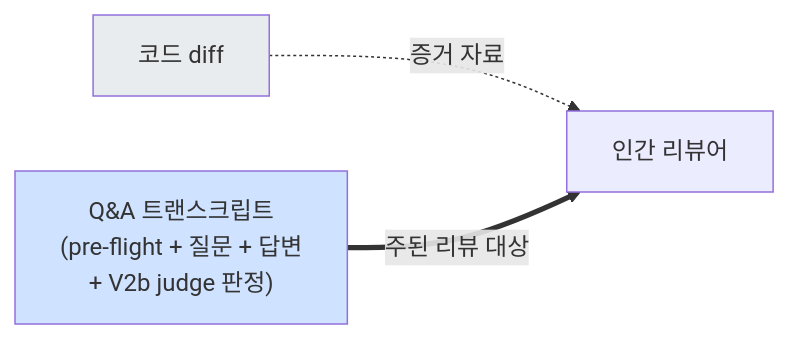
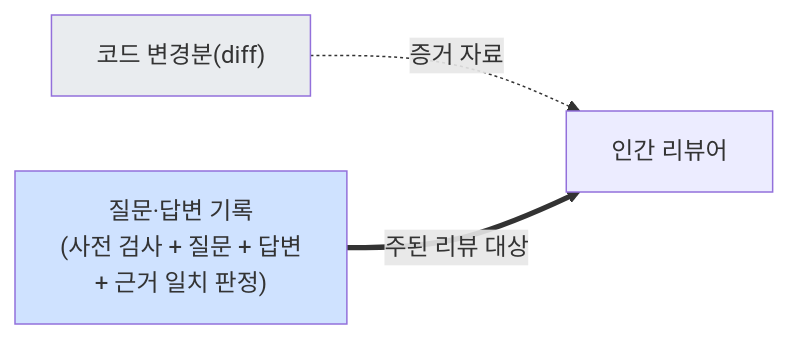
One commit to Jimmy-Jung/ai-symbiote changed the ninth of 12 diagrams in docs/09-검증-레이어-동작원리.md. Above: the diagram before and after it, drawn with Mermaid. The commit also changed other lines of this file, not shown here.

````diff
--- a/docs/09-검증-레이어-동작원리.md
+++ b/docs/09-검증-레이어-동작원리.md
@@ -267,8 +290,8 @@
 ```mermaid
 flowchart LR
-    A["코드 diff"] -.증거 자료.-> C
-    B["Q&amp;A 트랜스크립트<br/>(pre-flight + 질문 + 답변<br/>+ V2b judge 판정)"] ==주된 리뷰 대상==> C["인간 리뷰어"]
+    A["코드 변경분(diff)"] -.증거 자료.-> C
+    B["질문·답변 기록<br/>(사전 검사 + 질문 + 답변<br/>+ 근거 일치 판정)"] ==주된 리뷰 대상==> C["인간 리뷰어"]
 
     style B fill:#cfe2ff
     style A fill:#e9ecef
 ```
````
